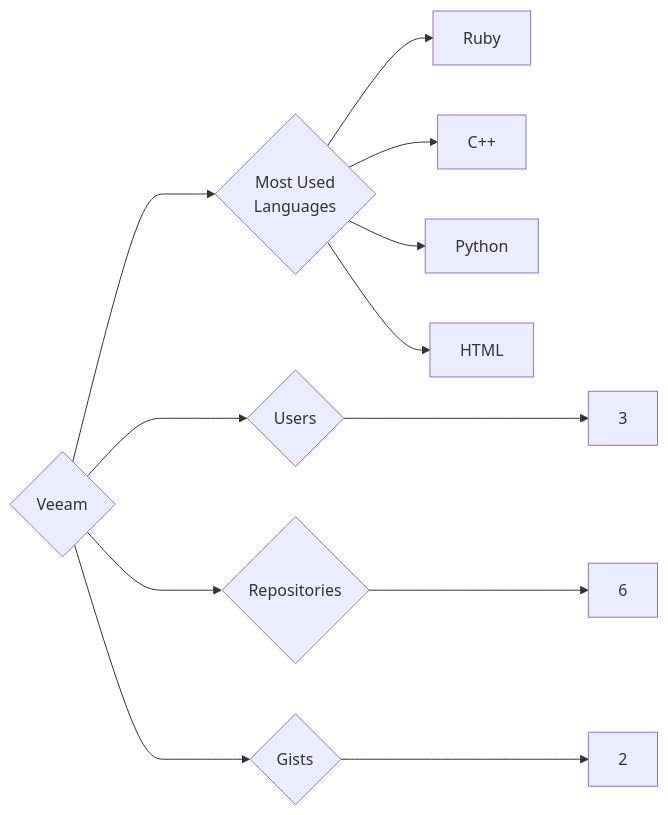
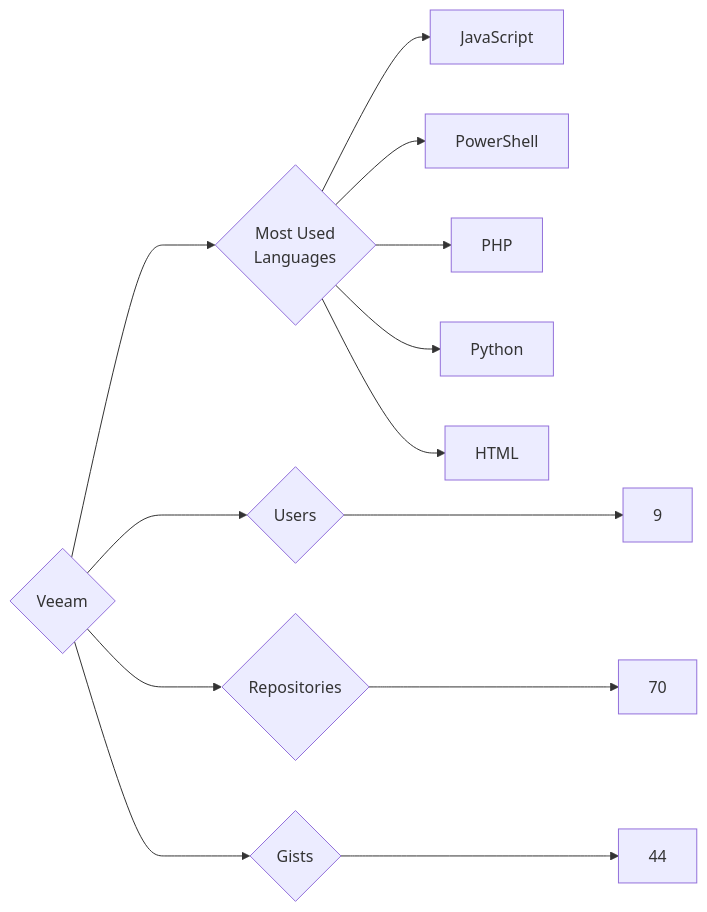
The diagram in targets/Veeam/README.md (trickest/insiders), drawn with Mermaid before and after one commit. The commit also changed 948 other files, not shown here.

````diff
--- a/targets/Veeam/README.md
+++ b/targets/Veeam/README.md
@@ -3,12 +3,13 @@
 ```mermaid
 graph LR
 COMPANY_NAME{Veeam}
-COMPANY_NAME ---> U{Users} ---> UN[3]
-COMPANY_NAME ---> R{Repositories} ---> RN[6]
-COMPANY_NAME ---> G{Gists} ---> GN[2]
+COMPANY_NAME ---> U{Users} ---> UN[9]
+COMPANY_NAME ---> R{Repositories} ---> RN[70]
+COMPANY_NAME ---> G{Gists} ---> GN[44]
 COMPANY_NAME ---> ML{Most Used<br>Languages}
-ML --> Ruby[Ruby]
-ML --> C++[C++]
+ML --> JavaScript[JavaScript]
+ML --> PowerShell[PowerShell]
+ML --> PHP[PHP]
 ML --> Python[Python]
 ML --> HTML[HTML]
 ```
````
